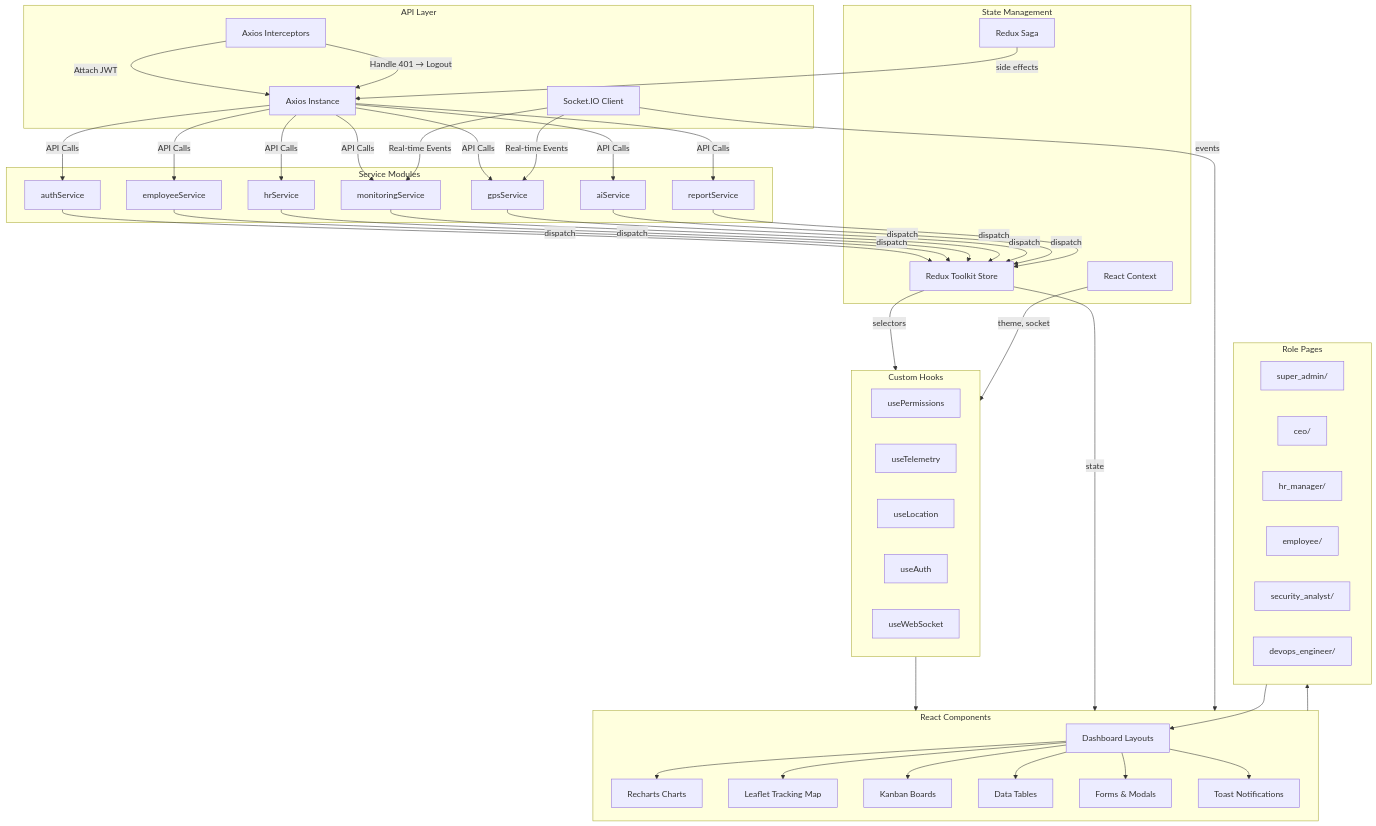
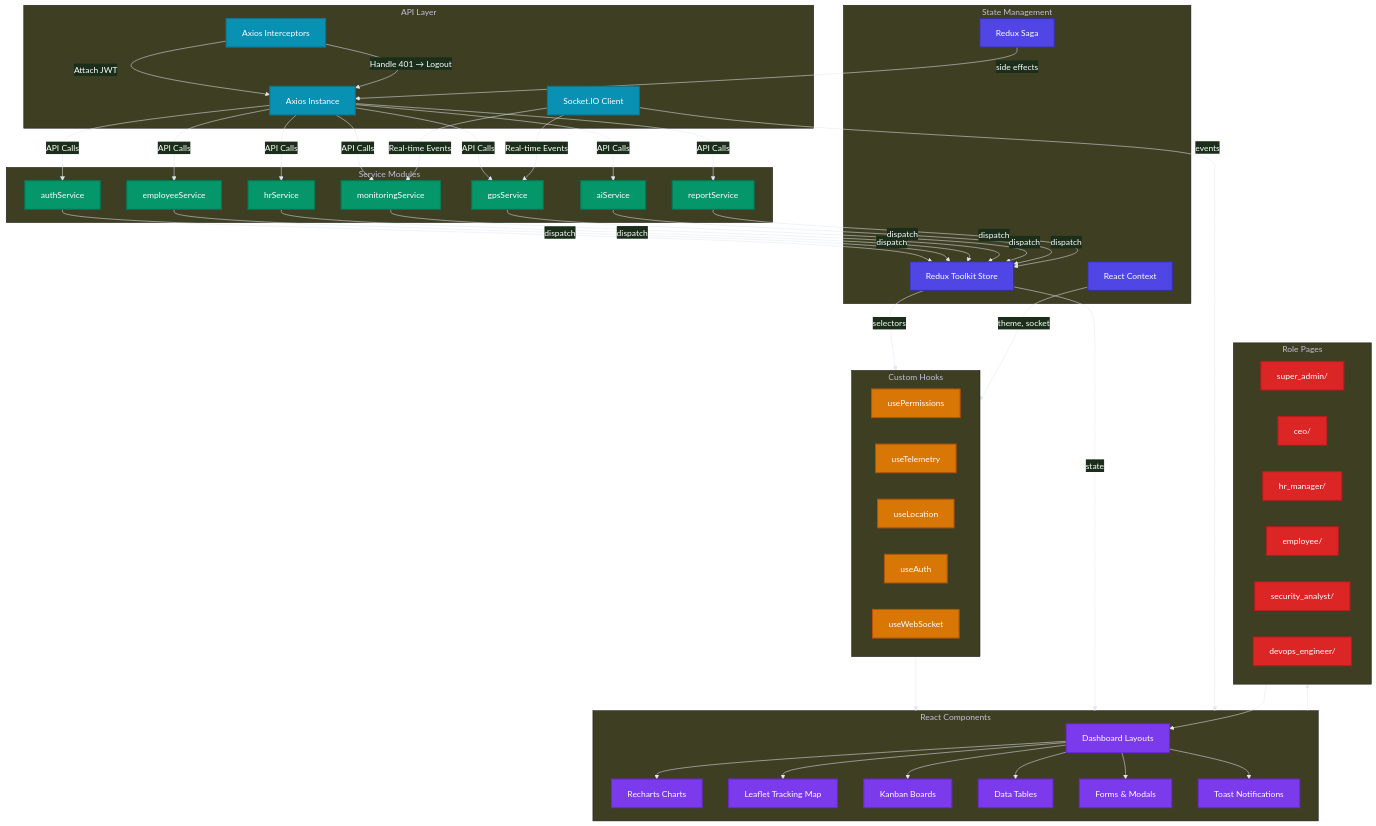
One commit to GaganCB2002/WorkSphere-Enterprise-Grade-Activity-Intelligence_V1 changed the seventh of 12 diagrams in project_overview/FLOW_DIAGRAMS.md. Above: the diagram before and after it, drawn with Mermaid. The commit also changed other lines of this file and 2 other files, not shown here.

````diff
--- a/project_overview/FLOW_DIAGRAMS.md
+++ b/project_overview/FLOW_DIAGRAMS.md
@@ -407,5 +478,14 @@
 ```mermaid
+%%{init: {'theme':'base', 'themeVariables': {'primaryColor': '#1a1a2e', 'primaryTextColor': '#ffffff', 'lineColor': '#e2e8f0'}}}%%
 graph TB
+
+    classDef state fill:#4f46e5,stroke:#3730a3,color:#fff,stroke-width:2px
+    classDef api fill:#0891b2,stroke:#0e7490,color:#fff,stroke-width:2px
+    classDef service fill:#059669,stroke:#047857,color:#fff,stroke-width:2px
+    classDef comp fill:#7c3aed,stroke:#6d28d9,color:#fff,stroke-width:2px
+    classDef hook fill:#d97706,stroke:#b45309,color:#fff,stroke-width:2px
+    classDef page fill:#dc2626,stroke:#b91c1c,color:#fff,stroke-width:2px
+
     subgraph State_Mgmt["State Management"]
         RTK[Redux Toolkit Store]
         SAGA[Redux Saga]
@@ -492,4 +572,11 @@
     DASH --> TABLE
     DASH --> FORM
     DASH --> NOTIF
+
+    class RTK,SAGA,CTX state
+    class AXIOS,WS,INT api
+    class AUTH,EMP,HR,MON,GPS,AI,RPT service
+    class DASH,CHART,MAP,KANBAN,TABLE,FORM,NOTIF comp
+    class HP,HT,HL,HA,HW hook
+    class SA,CEO,HRM,EMPP,SEC,DEV page
 ```
````
